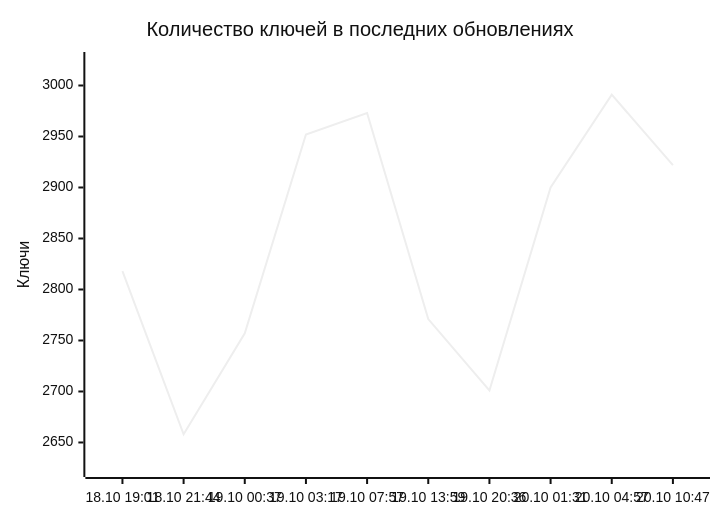
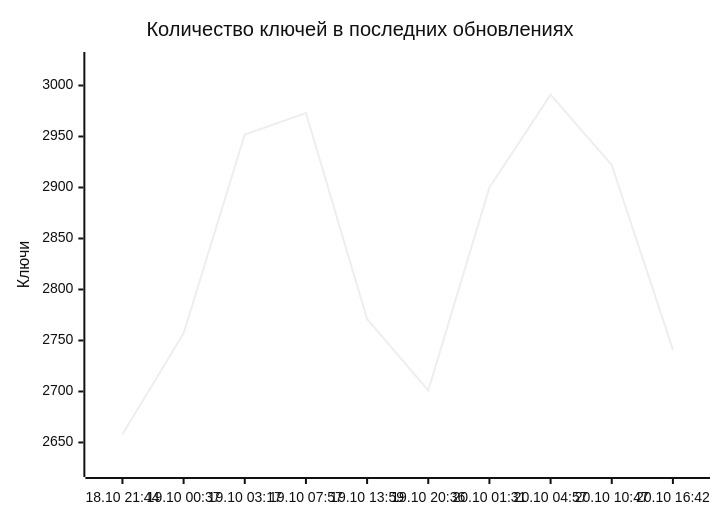
The diagram in README.md (markKikhtenko/WireVeil), drawn with Mermaid (neutral theme) before and after one commit. The commit also changed other lines of this file and 12 other files, not shown here.

````diff
--- a/README.md
+++ b/README.md
@@ -55,7 +55,7 @@
 ```mermaid
 xychart-beta
     title "Количество ключей в последних обновлениях"
-    x-axis ["18.10 19:01", "18.10 21:44", "19.10 00:37", "19.10 03:17", "19.10 07:57", "19.10 13:59", "19.10 20:36", "20.10 01:31", "20.10 04:57", "20.10 10:47"]
+    x-axis ["18.10 21:44", "19.10 00:37", "19.10 03:17", "19.10 07:57", "19.10 13:59", "19.10 20:36", "20.10 01:31", "20.10 04:57", "20.10 10:47", "20.10 16:42"]
     y-axis "Ключи" 2624 --> 3025
-    line [2818, 2658, 2757, 2952, 2973, 2771, 2701, 2900, 2991, 2922]
+    line [2658, 2757, 2952, 2973, 2771, 2701, 2900, 2991, 2922, 2741]
 ```
````
